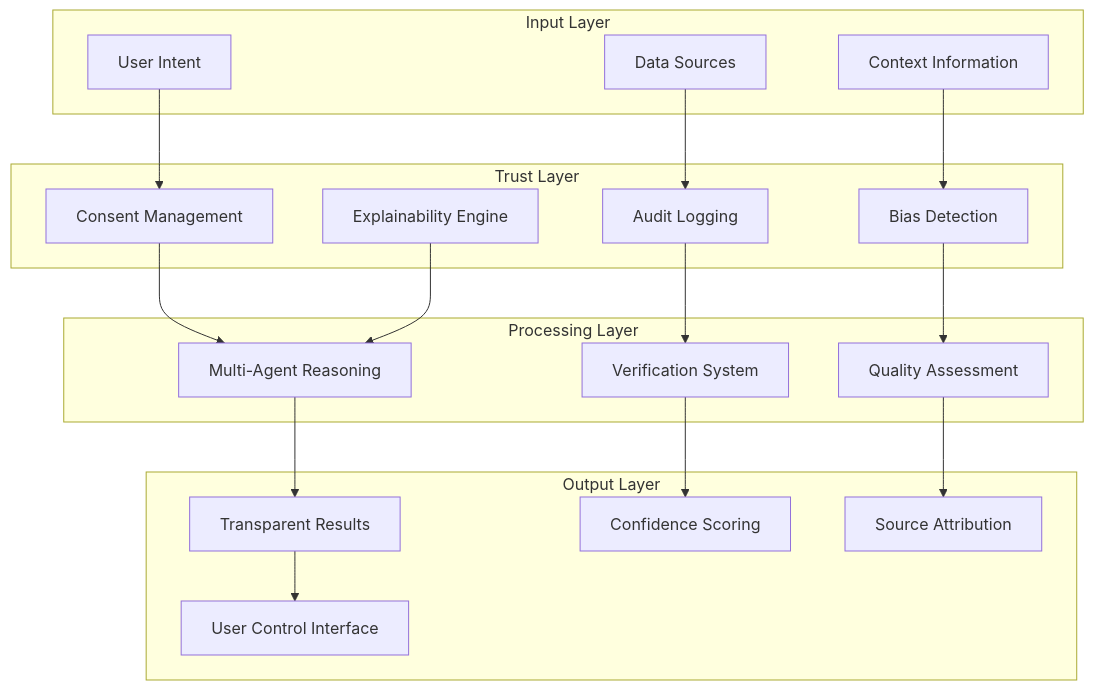
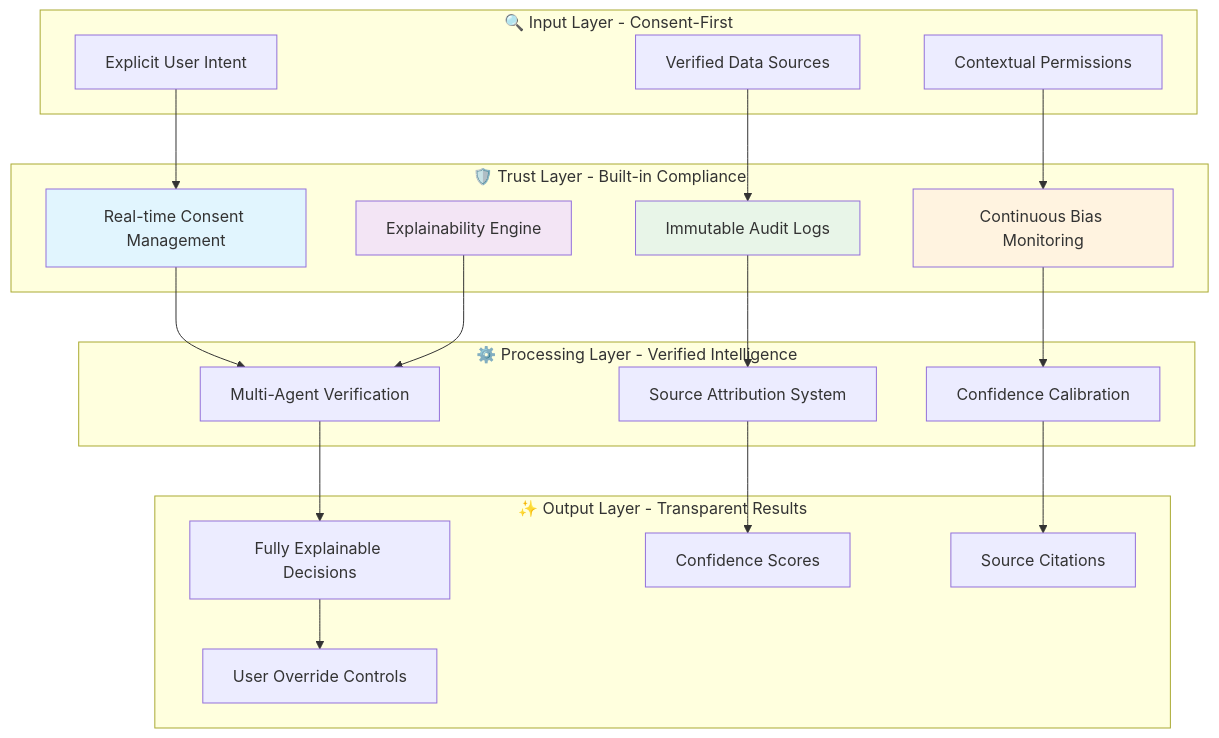
The fourth of 6 diagrams in docs/blog/posts/2025-06-23-transparenz-statt-taeuschung-cluely-kontroverse.md (satwareAG/satware.ai), drawn with Mermaid before and after one commit. The commit also changed other lines of this file, not shown here.

````diff
--- a/docs/blog/posts/2025-06-23-transparenz-statt-taeuschung-cluely-kontroverse.md
+++ b/docs/blog/posts/2025-06-23-transparenz-statt-taeuschung-cluely-kontroverse.md
@@ -145,40 +189,45 @@
 ```mermaid
 flowchart TB
-    subgraph "Input Layer"
-        A[User Intent]
-        B[Data Sources]
-        C[Context Information]
+    subgraph "🔍 Input Layer - Consent-First"
+        A[Explicit User Intent]
+        B[Verified Data Sources]  
+        C[Contextual Permissions]
     end
     
-    subgraph "Trust Layer"
-        D[Consent Management]
-        E[Audit Logging]
-        F[Bias Detection]
+    subgraph "🛡️ Trust Layer - Built-in Compliance"
+        D[Real-time Consent Management]
+        E[Immutable Audit Logs]
+        F[Continuous Bias Monitoring]
         G[Explainability Engine]
     end
     
-    subgraph "Processing Layer"
-        H[Multi-Agent Reasoning]
-        I[Verification System]
-        J[Quality Assessment]
+    subgraph "⚙️ Processing Layer - Verified Intelligence"
+        H[Multi-Agent Verification]
+        I[Source Attribution System]
+        J[Confidence Calibration]
     end
     
-    subgraph "Output Layer"
-        K[Transparent Results]
-        L[Confidence Scoring]
-        M[Source Attribution]
-        N[User Control Interface]
+    subgraph "✨ Output Layer - Transparent Results"
+        K[Fully Explainable Decisions]
+        L[Confidence Scores]
+        M[Source Citations]
+        N[User Override Controls]
     end
     
     A --> D
     B --> E
     C --> F
     D --> H
     E --> I
     F --> J
     G --> H
     H --> K
     I --> L
     J --> M
     K --> N
+    
+    style D fill:#e1f5fe
+    style E fill:#e8f5e8
+    style F fill:#fff3e0
+    style G fill:#f3e5f5
 ```
````
